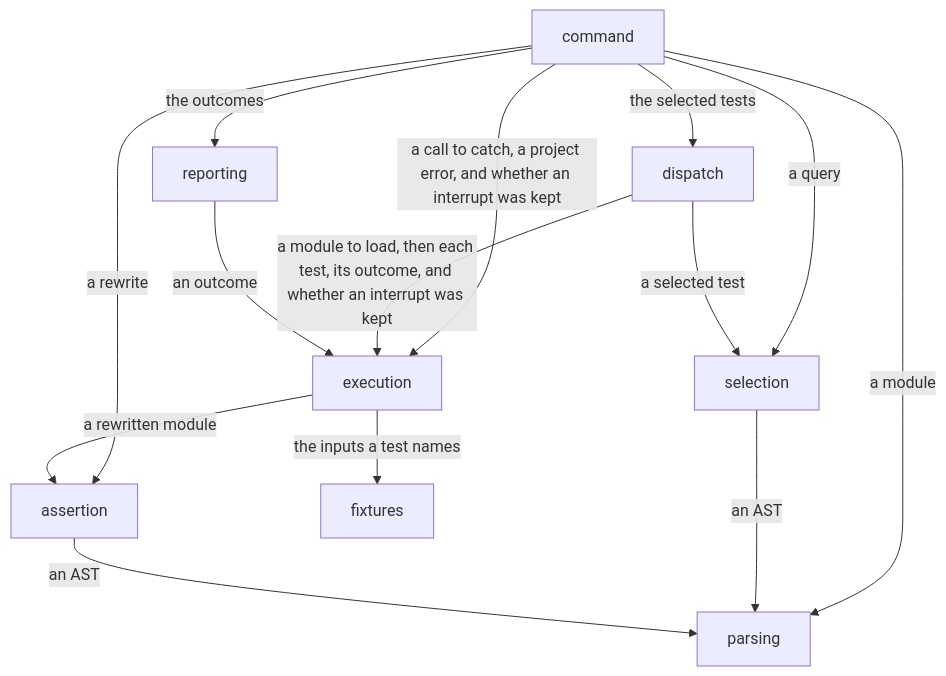
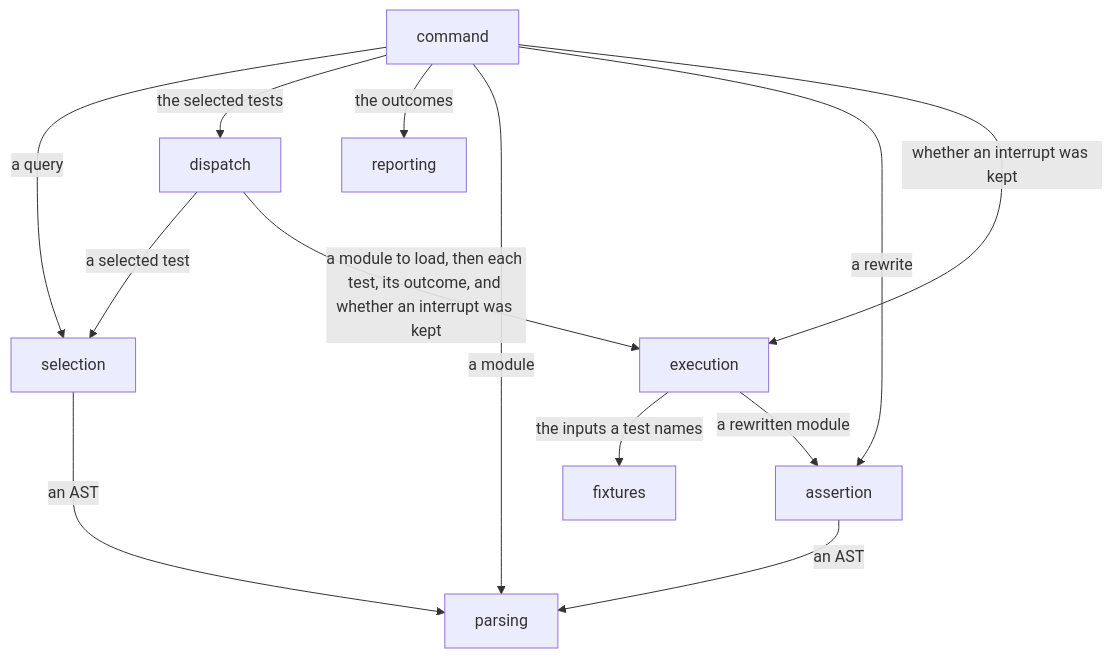
The second of 3 diagrams in LANDSCAPE.md (kalonji-tools/purba), drawn with Mermaid before and after one commit. The commit also changed other lines of this file and 55 other files, not shown here.

First line of the commit message:
feat: move an outcome and an error into purba-errors (#1194)

````diff
--- a/LANDSCAPE.md
+++ b/LANDSCAPE.md
@@ -68,16 +68,15 @@
 ```mermaid
 flowchart TD
   command -- "a query" --> selection
   command -- "the selected tests" --> dispatch
   command -- "the outcomes" --> reporting
   command -- "a module" --> parsing
   command -- "a rewrite" --> assertion
-  command -- "a call to catch, a project error, and whether an interrupt was kept" --> execution
+  command -- "whether an interrupt was kept" --> execution
   selection -- "an AST" --> parsing
   assertion -- "an AST" --> parsing
   dispatch -- "a selected test" --> selection
   dispatch -- "a module to load, then each test, its outcome, and whether an interrupt was kept" --> execution
   execution -- "the inputs a test names" --> fixtures
   execution -- "a rewritten module" --> assertion
-  reporting -- "an outcome" --> execution
 ```
````
